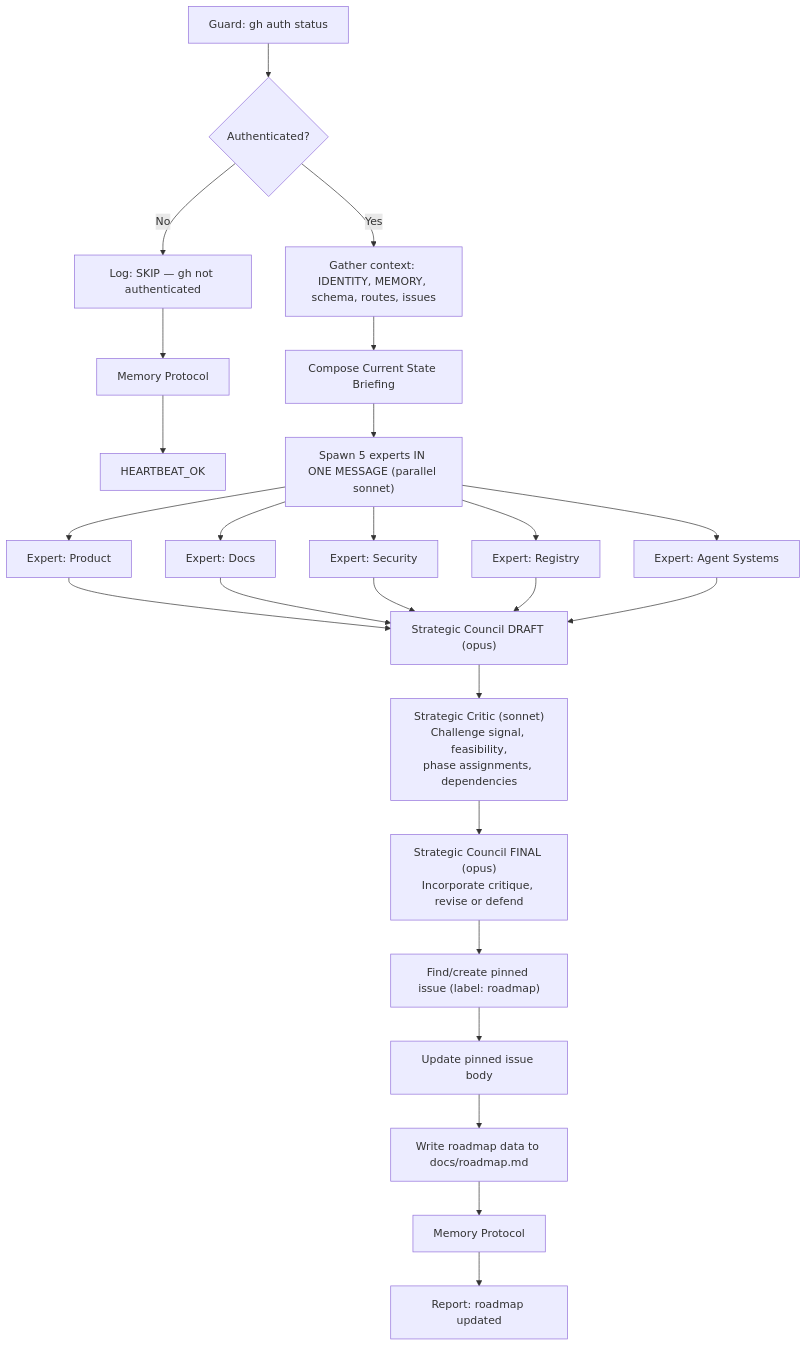
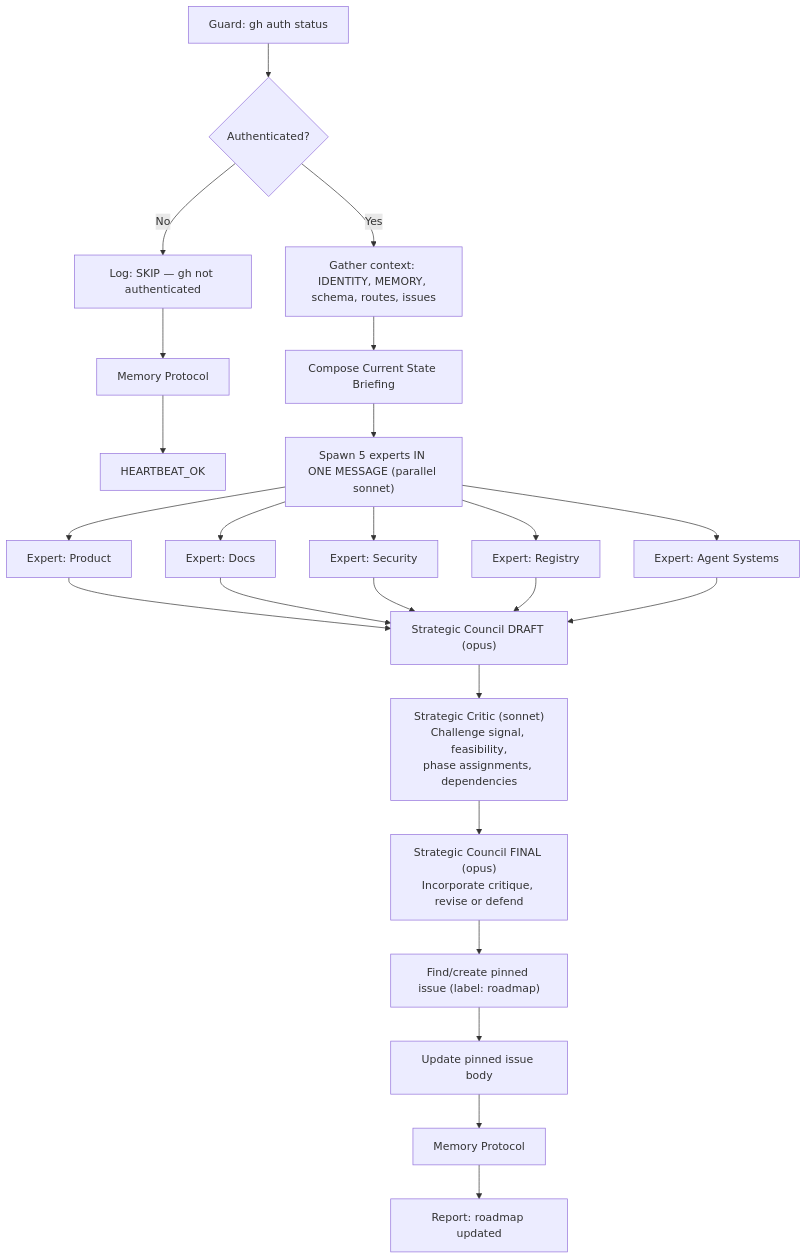
The diagram in .oh/skills/strategic-proposal/SKILL.md (mifunedev/openharness), drawn with Mermaid before and after one commit. The commit also changed other lines of this file and 89 other files, not shown here.

First line of the commit message:
task: remove autopilot, watchdog, and the stale roadmap (#832)

````diff
--- a/.oh/skills/strategic-proposal/SKILL.md
+++ b/.oh/skills/strategic-proposal/SKILL.md
@@ -35,26 +35,25 @@
 ```mermaid
 flowchart TD
     A["Guard: gh auth status"] --> B{Authenticated?}
     B -->|No| SKIP["Log: SKIP — gh not authenticated"]
     SKIP --> MEM_SKIP[Memory Protocol]
     MEM_SKIP --> Z_SKIP[HEARTBEAT_OK]
 
     B -->|Yes| C["Gather context: IDENTITY, MEMORY, schema, routes, issues"]
     C --> D["Compose Current State Briefing"]
     D --> E["Spawn 5 experts IN ONE MESSAGE (parallel sonnet)"]
 
     E --> E1["Expert: Product"]
     E --> E2["Expert: Docs"]
     E --> E3["Expert: Security"]
     E --> E4["Expert: Registry"]
     E --> E5["Expert: Agent Systems"]
 
     E1 & E2 & E3 & E4 & E5 --> F["Strategic Council DRAFT (opus)"]
     F --> CRITIC["Strategic Critic (sonnet)<br>Challenge signal, feasibility,<br>phase assignments, dependencies"]
     CRITIC --> F2["Strategic Council FINAL (opus)<br>Incorporate critique, revise or defend"]
     F2 --> G["Find/create pinned issue (label: roadmap)"]
     G --> H["Update pinned issue body"]
-    H --> I["Write roadmap data to docs/roadmap.md"]
-    I --> MEM_OP[Memory Protocol]
+    H --> MEM_OP[Memory Protocol]
     MEM_OP --> Z_OP["Report: roadmap updated"]
 ```
````
